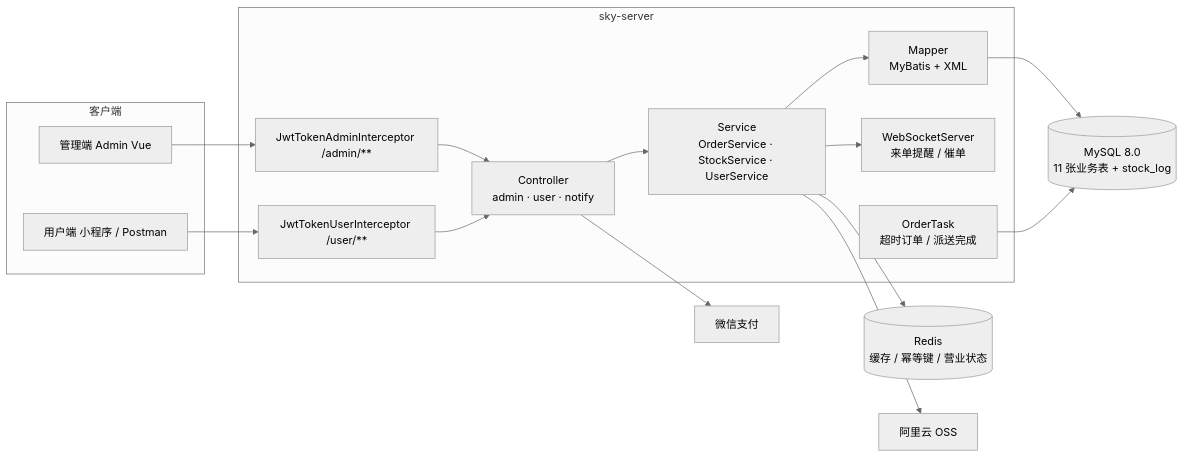
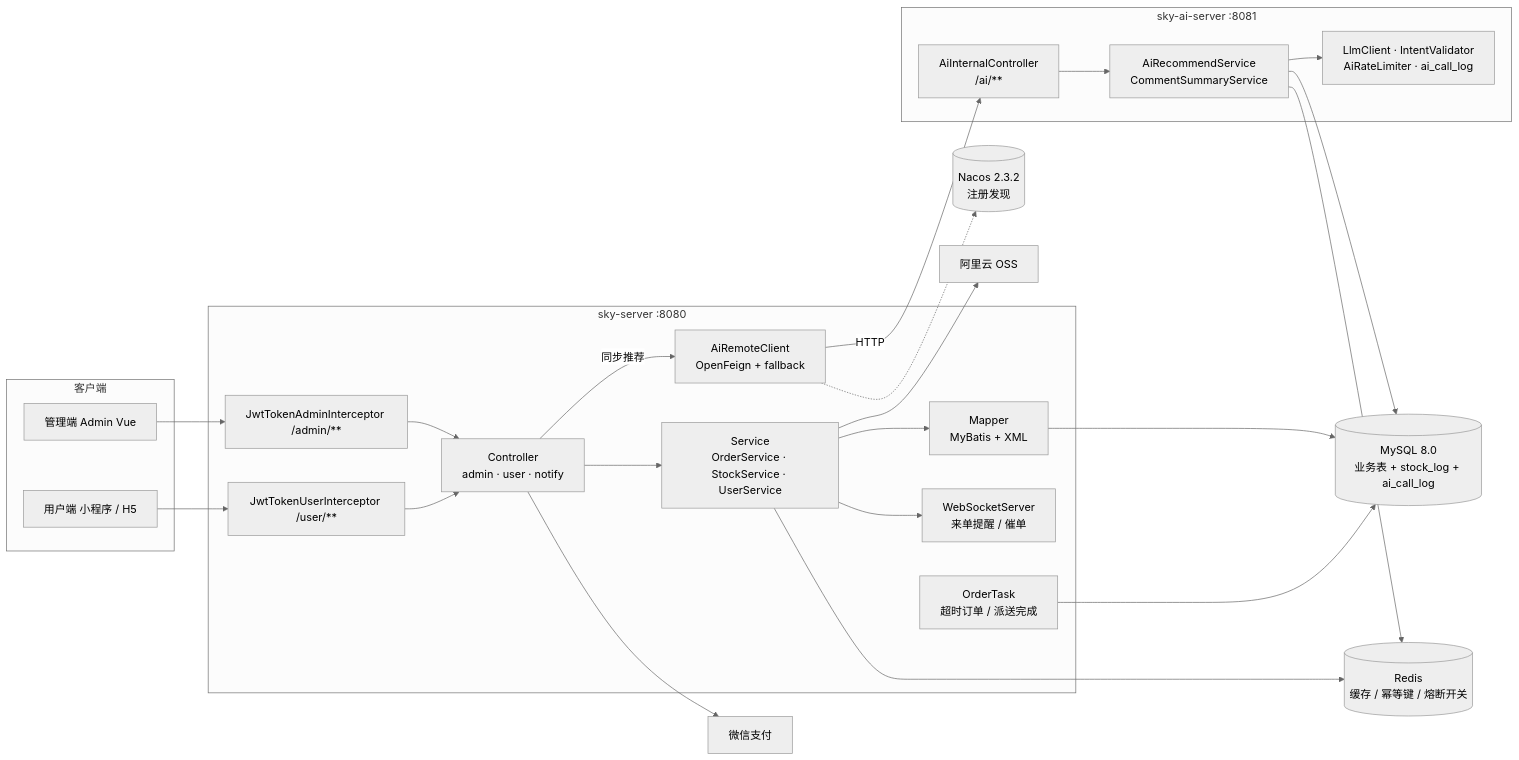
The diagram in README.md (3597155498-cyber/SKY), drawn with Mermaid (neutral theme) before and after one commit. The commit also changed other lines of this file and 40 other files, not shown here.

Commit message:
refactor(T14): 拆分 sky-ai-server，接入 Nacos + OpenFeign 与降级

````diff
--- a/README.md
+++ b/README.md
@@ -22,31 +23,46 @@
 ```mermaid
 flowchart LR
     subgraph Client["客户端"]
         A1["管理端 Admin Vue"]
-        A2["用户端 小程序 / Postman"]
+        A2["用户端 小程序 / H5"]
     end
 
-    subgraph Server["sky-server"]
+    subgraph Server["sky-server :8080"]
         B1["JwtTokenAdminInterceptor /admin/**"]
         B2["JwtTokenUserInterceptor /user/**"]
         C["Controller<br/>admin · user · notify"]
         D["Service<br/>OrderService · StockService · UserService"]
         E["Mapper<br/>MyBatis + XML"]
         F["WebSocketServer<br/>来单提醒 / 催单"]
         G["OrderTask<br/>超时订单 / 派送完成"]
+        N["AiRemoteClient<br/>OpenFeign + fallback"]
     end
 
-    H[("MySQL 8.0<br/>11 张业务表 + stock_log")]
-    I[("Redis<br/>缓存 / 幂等键 / 营业状态")]
+    subgraph Ai["sky-ai-server :8081"]
+        O["AiInternalController<br/>/ai/**"]
+        P["AiRecommendService<br/>CommentSummaryService"]
+        Q["LlmClient · IntentValidator<br/>AiRateLimiter · ai_call_log"]
+    end
+
+    R[("Nacos 2.3.2<br/>注册发现")]
+    H[("MySQL 8.0<br/>业务表 + stock_log + ai_call_log")]
+    I[("Redis<br/>缓存 / 幂等键 / 熔断开关")]
     J["阿里云 OSS"]
     K["微信支付"]
 
     A1 --> B1 --> C
     A2 --> B2 --> C
     C --> D --> E --> H
     D --> I
     D --> J
     C --> K
     D --> F
     G --> H
+
+    C -->|"同步推荐"| N
+    N -.-> R
+    N -->|"HTTP"| O
+    O --> P --> Q
+    P --> H
+    P --> I
 ```
````
